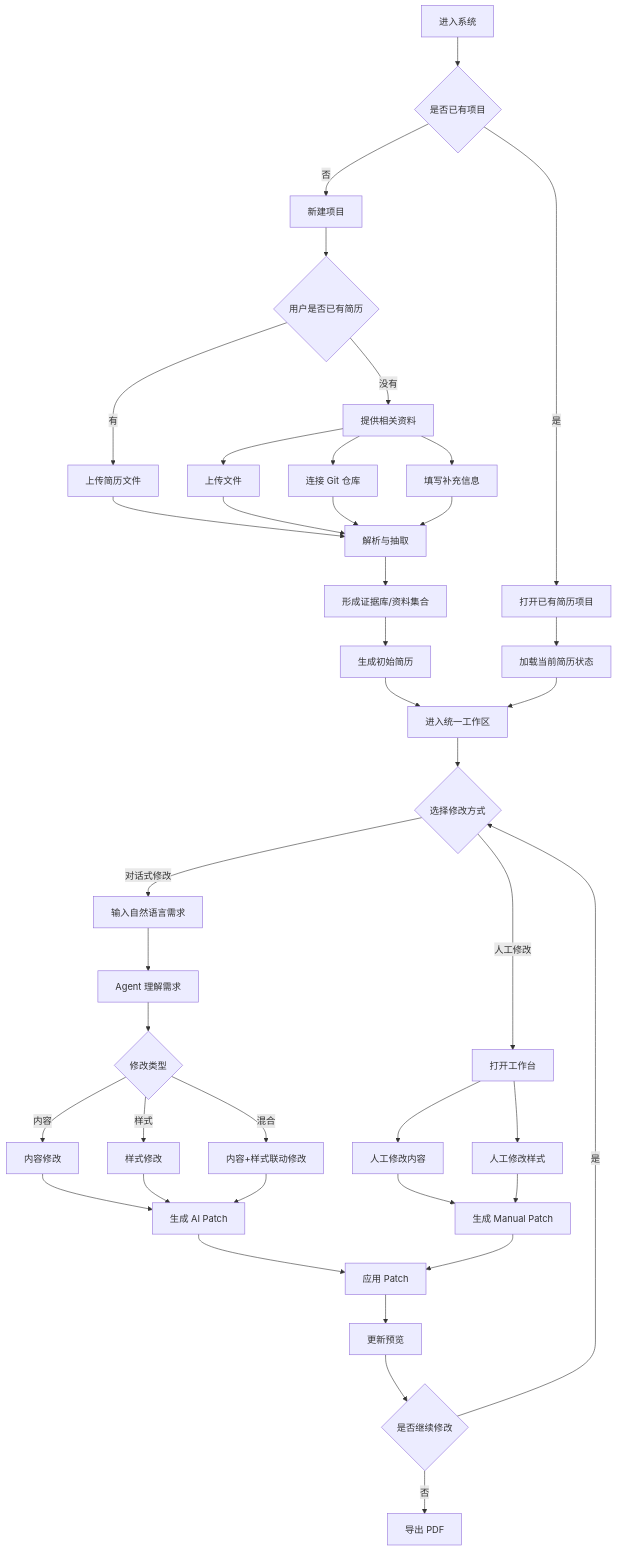
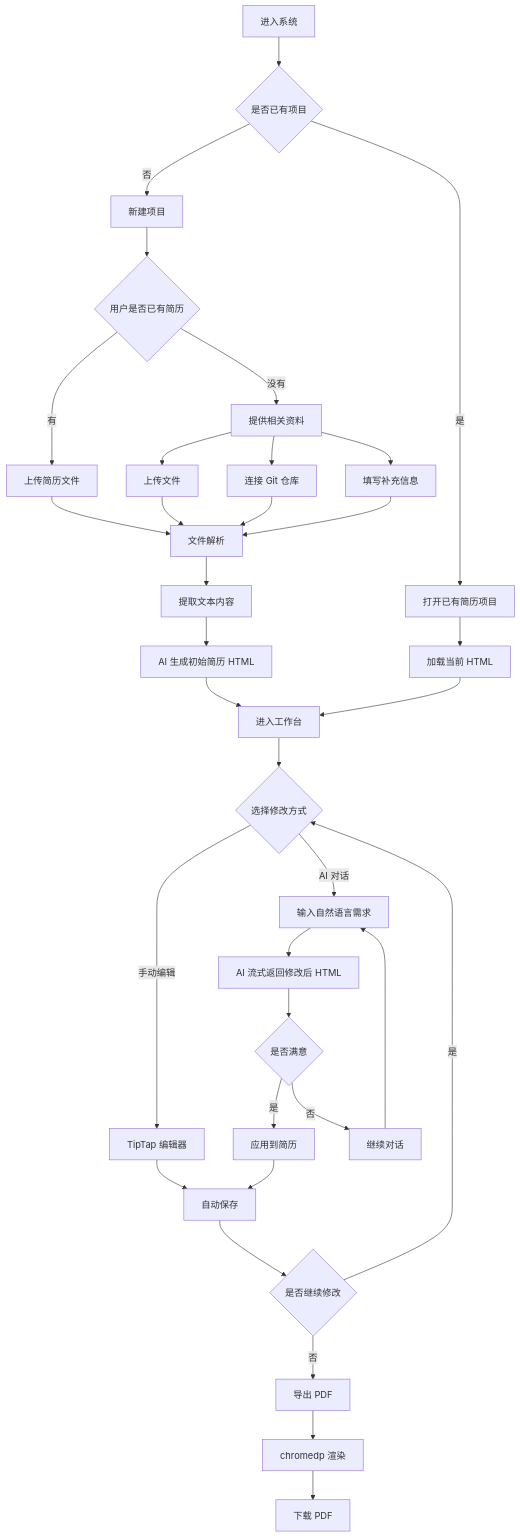
Before and after one commit to MEO-wj/ResumeGenius: the second of 3 diagrams in docs/01-product/product-logic-diagrams.md, drawn with Mermaid. The commit also changed other lines of this file and 24 other files, not shown here.

````diff
--- a/docs/01-product/product-logic-diagrams.md
+++ b/docs/01-product/product-logic-diagrams.md
@@ -51,53 +43,45 @@
 ```mermaid
 flowchart TD
     A[进入系统] --> B{是否已有项目}
     B -- 是 --> C[打开已有简历项目]
     B -- 否 --> D[新建项目]
 
     D --> E{用户是否已有简历}
     E -- 有 --> F[上传简历文件]
     E -- 没有 --> G[提供相关资料]
 
     G --> G1[上传文件]
     G --> G2[连接 Git 仓库]
     G --> G3[填写补充信息]
 
-    F --> H[解析与抽取]
+    F --> H[文件解析]
     G1 --> H
     G2 --> H
     G3 --> H
 
-    H --> I[形成证据库/资料集合]
-    I --> J[生成初始简历]
-    C --> K[加载当前简历状态]
-    J --> L[进入统一工作区]
+    H --> I[提取文本内容]
+    I --> J[AI 生成初始简历 HTML]
+    C --> K[加载当前 HTML]
+    J --> L[进入工作台]
     K --> L
 
     L --> M{选择修改方式}
-    M -- 对话式修改 --> N[输入自然语言需求]
-    M -- 人工修改 --> O[打开工作台]
+    M -- AI 对话 --> N[输入自然语言需求]
+    M -- 手动编辑 --> O[TipTap 编辑器]
 
-    N --> P[Agent 理解需求]
-    P --> Q{修改类型}
-    Q -- 内容 --> R[内容修改]
-    Q -- 样式 --> S[样式修改]
-    Q -- 混合 --> T[内容+样式联动修改]
+    N --> P[AI 流式返回修改后 HTML]
+    P --> Q{是否满意}
+    Q -- 是 --> R[应用到简历]
+    Q -- 否 --> S[继续对话]
+    S --> N
 
-    O --> U[人工修改内容]
-    O --> V[人工修改样式]
+    O --> T[自动保存]
 
-    R --> W[生成 AI Patch]
-    S --> W
-    T --> W
-    U --> X[生成 Manual Patch]
-    V --> X
+    R --> T
+    T --> U{是否继续修改}
+    U -- 是 --> M
+    U -- 否 --> V[导出 PDF]
 
-    W --> Y[应用 Patch]
-    X --> Y
-
-    Y --> Z[更新预览]
-
-    Z --> AA{是否继续修改}
-    AA -- 是 --> M
-    AA -- 否 --> AB[导出 PDF]
+    V --> W[chromedp 渲染]
+    W --> X[下载 PDF]
 ```
````
